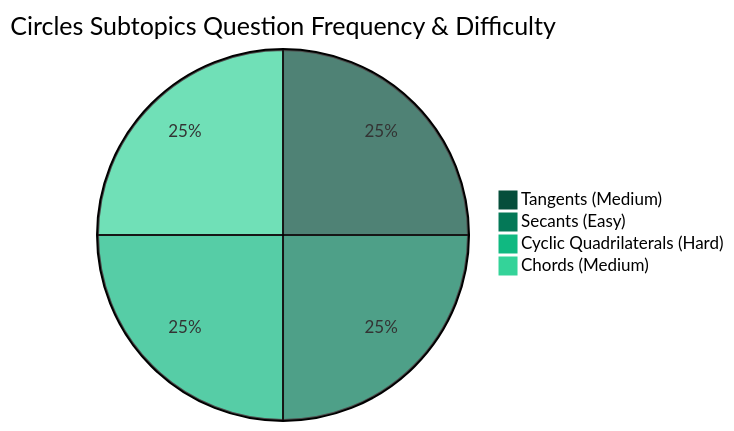
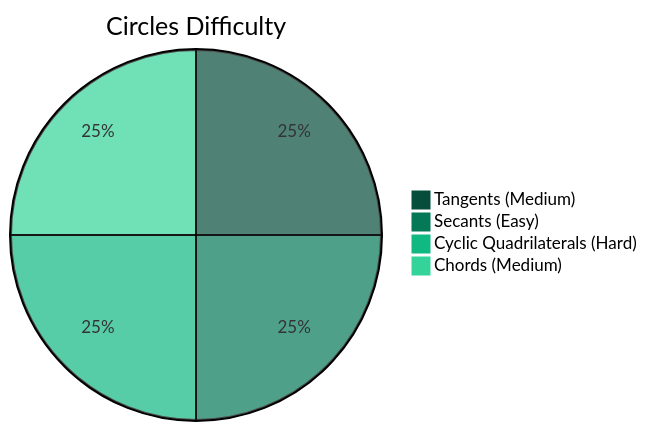
Before and after one commit to skc-coder/SAGE: the fourth of 5 diagrams in content/cds/elementary-mathematics/elementary_mathematics_overview.md, drawn with Mermaid. The commit also changed other lines of this file and 3 other files, not shown here.

First line of the commit message:
fix(skill): relocate Chapter/Topic accuracy charts to Overview pages and enforce concise Mermaid graph titles

````diff
--- a/content/cds/elementary-mathematics/elementary_mathematics_overview.md
+++ b/content/cds/elementary-mathematics/elementary_mathematics_overview.md
@@ -42,8 +43,8 @@
 ```mermaid
 %%{init: {'themeVariables': { 'pie1': '#064e3b', 'pie2': '#047857', 'pie3': '#10b981', 'pie4': '#34d399'}}}%%
-pie title Circles Subtopics Question Frequency & Difficulty
+pie title Circles Difficulty
     "Tangents (Medium)" : 1
     "Secants (Easy)" : 1
     "Cyclic Quadrilaterals (Hard)" : 1
     "Chords (Medium)" : 1
 ```
````
